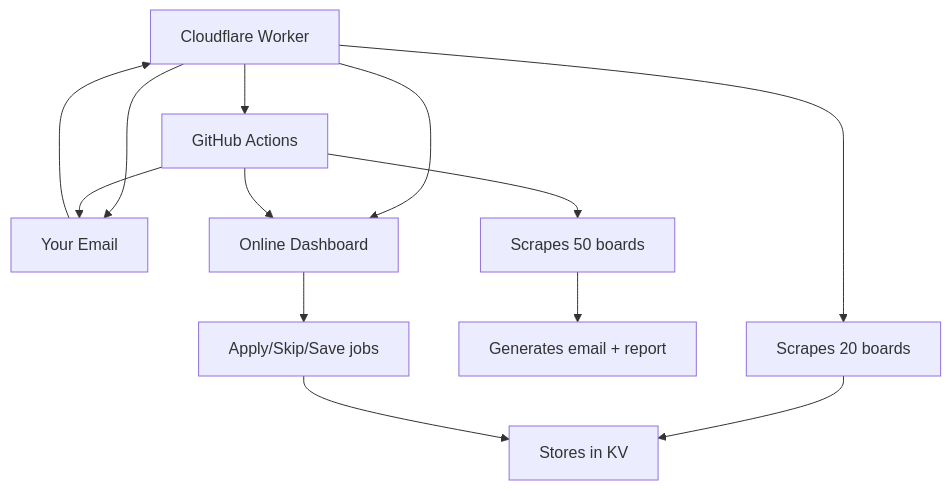
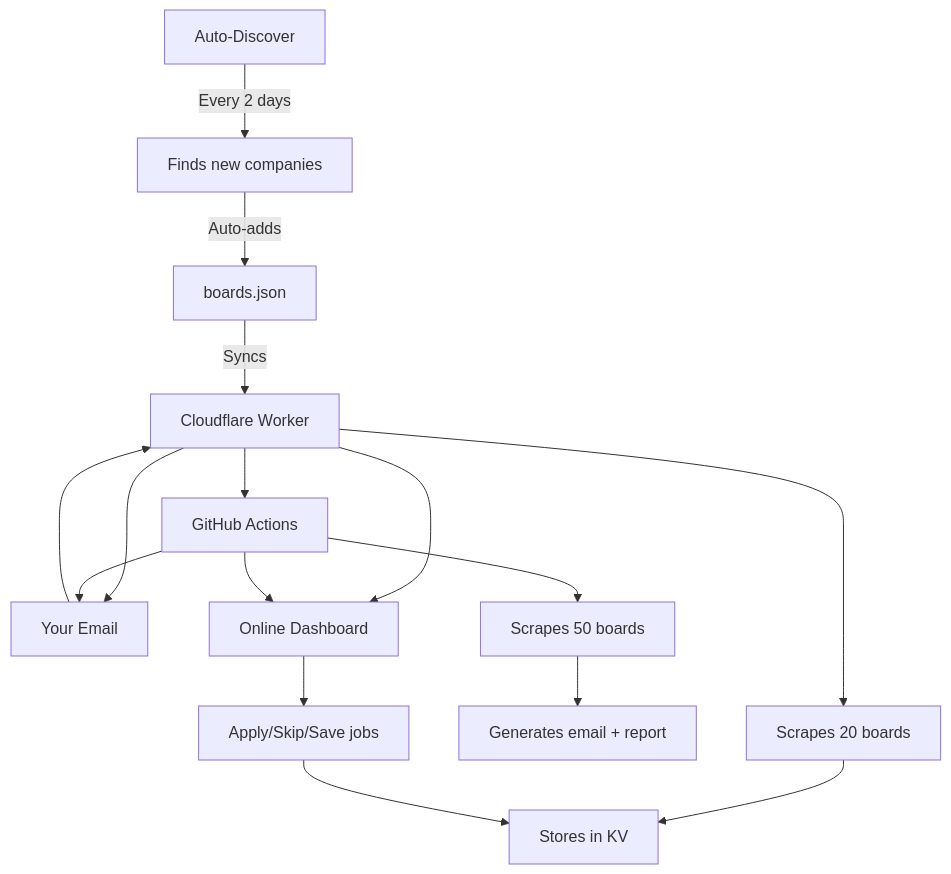
Before and after one commit to clinton-almeida-s/job-agent-web: the diagram in README.md, drawn with Mermaid. The commit also changed other lines of this file, not shown here.

First line of the commit message:
Update README with auto-discovery and configuration details

````diff
--- a/README.md
+++ b/README.md
@@ -21,17 +23,21 @@
 ```mermaid
 graph TD
     A[Cloudflare Worker] --> B[GitHub Actions]
     A --> C[Your Email]
     B --> C
     C --> A
     A --> D[Online Dashboard]
     B --> D
     
     A --> E[Scrapes 20 boards]
     B --> F[Scrapes 50 boards]
     E --> G[Stores in KV]
     F --> H[Generates email + report]
     
     D --> I[Apply/Skip/Save jobs]
     I --> G
+    
+    J[Auto-Discover] -->|Every 2 days| K[Finds new companies]
+    K -->|Auto-adds| L[boards.json]
+    L -->|Syncs| A
 ```
````
